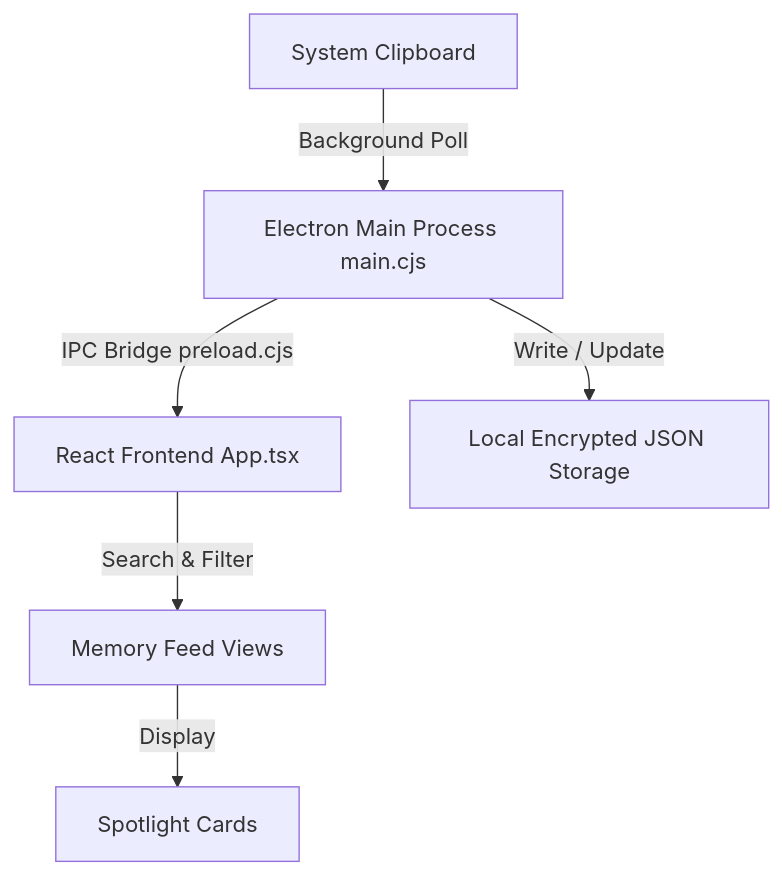
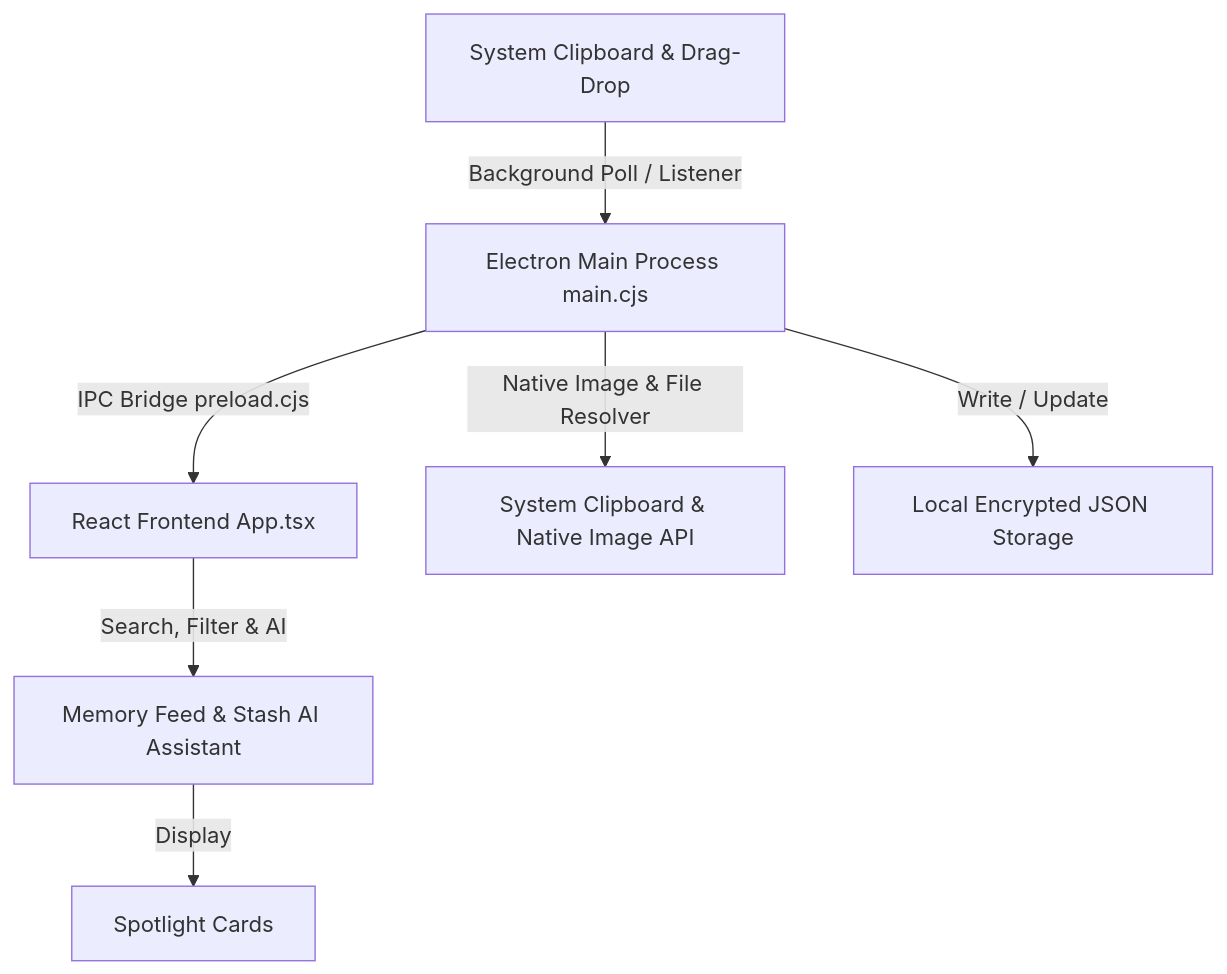
The diagram in README.md (JoyTheSloth/Stash-), drawn with Mermaid before and after one commit. The commit also changed other lines of this file and 2 other files, not shown here.

Commit message:
feat: custom curved title bar, Alt+V primary shortcut, multi-format drag-and-drop, native image copy fix, and updated README

````diff
--- a/README.md
+++ b/README.md
@@ -46,8 +53,9 @@
 ```mermaid
 graph TD
-    A[System Clipboard] -->|Background Poll| B[Electron Main Process main.cjs]
+    A[System Clipboard & Drag-Drop] -->|Background Poll / Listener| B[Electron Main Process main.cjs]
     B -->|IPC Bridge preload.cjs| C[React Frontend App.tsx]
-    B -->|Write / Update| D[Local Encrypted JSON Storage]
-    C -->|Search & Filter| E[Memory Feed Views]
-    E -->|Display| F[Spotlight Cards]
+    B -->|Native Image & File Resolver| D[System Clipboard & Native Image API]
+    B -->|Write / Update| E[Local Encrypted JSON Storage]
+    C -->|Search, Filter & AI| F[Memory Feed & Stash AI Assistant]
+    F -->|Display| G[Spotlight Cards]
 ```
````
